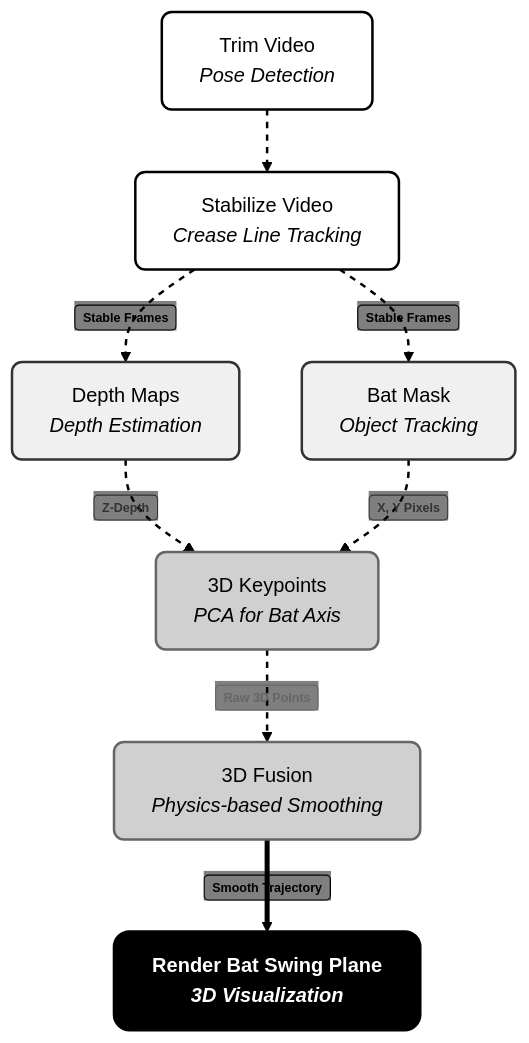
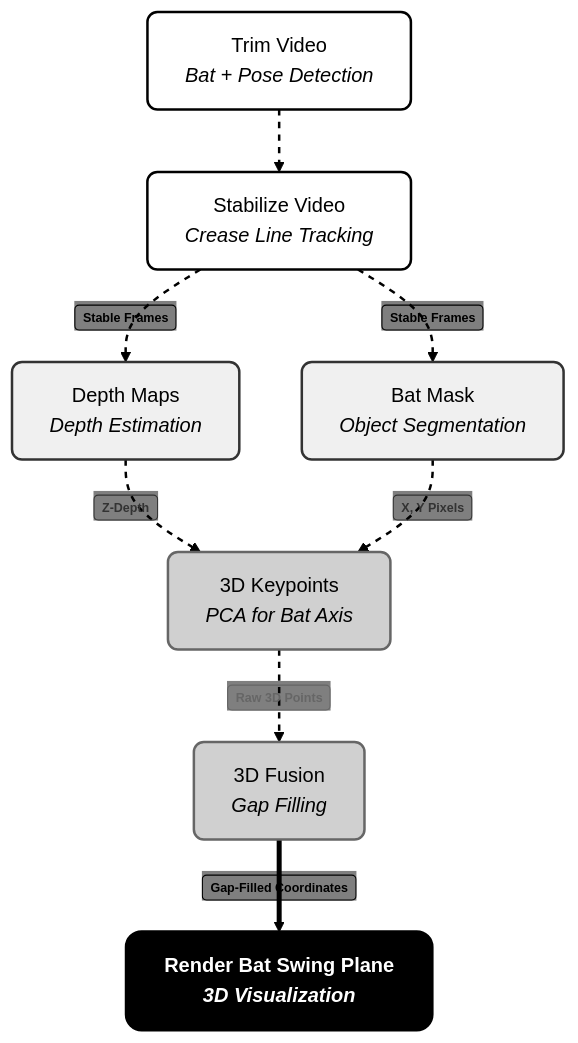
One commit to adnanmsk/blog_privew changed the sixth of 9 diagrams in pipeline_diagrams.md. Above: the diagram before and after it, drawn with Mermaid. The commit also changed other lines of this file, not shown here.

Commit message:
Update terminology in pipeline diagrams to match Option 13

````diff
--- a/pipeline_diagrams.md
+++ b/pipeline_diagrams.md
@@ -131,19 +131,19 @@
 ```mermaid
 %%{init: {'theme': 'base', 'themeVariables': { 'edgeLabelBackground':'transparent' }}}%%
 flowchart TD
     classDef prep fill:#ffffff,stroke:#000000,stroke-width:2px,color:#000000,rx:8px,ry:8px
     classDef infer fill:#f0f0f0,stroke:#333333,stroke-width:2px,color:#000000,rx:8px,ry:8px
     classDef phys fill:#d0d0d0,stroke:#666666,stroke-width:2px,color:#000000,rx:8px,ry:8px
     classDef out fill:#000000,stroke:#000000,stroke-width:3px,color:#ffffff,rx:12px,ry:12px,font-weight:bold
 
-    T["Trim Video<br><i>Pose Detection</i>"]:::prep --> S["Stabilize Video<br><i>Crease Line Tracking</i>"]:::prep
+    T["Trim Video<br><i>Bat + Pose Detection</i>"]:::prep --> S["Stabilize Video<br><i>Crease Line Tracking</i>"]:::prep
     S -- "<span style='background:transparent !important; border:1.5px solid #000000 !important; color:#000000 !important; padding:2px 6px; border-radius:4px; font-size:10px; font-weight:bold; display:inline-block;'>Stable Frames</span>" --> D["Depth Maps<br><i>Depth Estimation</i>"]:::infer
-    S -- "<span style='background:transparent !important; border:1.5px solid #000000 !important; color:#000000 !important; padding:2px 6px; border-radius:4px; font-size:10px; font-weight:bold; display:inline-block;'>Stable Frames</span>" --> Seg["Bat Mask<br><i>Object Tracking</i>"]:::infer
+    S -- "<span style='background:transparent !important; border:1.5px solid #000000 !important; color:#000000 !important; padding:2px 6px; border-radius:4px; font-size:10px; font-weight:bold; display:inline-block;'>Stable Frames</span>" --> Seg["Bat Mask<br><i>Object Segmentation</i>"]:::infer
     D -- "<span style='background:transparent !important; border:1.5px solid #333333 !important; color:#333333 !important; padding:2px 6px; border-radius:4px; font-size:10px; font-weight:bold; display:inline-block;'>Z-Depth</span>" --> K["3D Keypoints<br><i>PCA for Bat Axis</i>"]:::phys
     Seg -- "<span style='background:transparent !important; border:1.5px solid #333333 !important; color:#333333 !important; padding:2px 6px; border-radius:4px; font-size:10px; font-weight:bold; display:inline-block;'>X, Y Pixels</span>" --> K
-    K -- "<span style='background:transparent !important; border:1.5px solid #666666 !important; color:#666666 !important; padding:2px 6px; border-radius:4px; font-size:10px; font-weight:bold; display:inline-block;'>Raw 3D Points</span>" --> F["3D Fusion<br><i>Physics-based Smoothing</i>"]:::phys
-    F -- "<span style='background:transparent !important; border:1.5px solid #000000 !important; color:#000000 !important; padding:2px 6px; border-radius:4px; font-size:10px; font-weight:bold; display:inline-block;'>Smooth Trajectory</span>" --> R["Render Bat Swing Plane<br><i>3D Visualization</i>"]:::out
+    K -- "<span style='background:transparent !important; border:1.5px solid #666666 !important; color:#666666 !important; padding:2px 6px; border-radius:4px; font-size:10px; font-weight:bold; display:inline-block;'>Raw 3D Points</span>" --> F["3D Fusion<br><i>Gap Filling</i>"]:::phys
+    F -- "<span style='background:transparent !important; border:1.5px solid #000000 !important; color:#000000 !important; padding:2px 6px; border-radius:4px; font-size:10px; font-weight:bold; display:inline-block;'>Gap-Filled Coordinates</span>" --> R["Render Bat Swing Plane<br><i>3D Visualization</i>"]:::out
 
     linkStyle 0,1,2,3,4,5 stroke:#000000,stroke-width:2px,stroke-dasharray: 5 5
     linkStyle 6 stroke:#000000,stroke-width:4px
 ```
````
